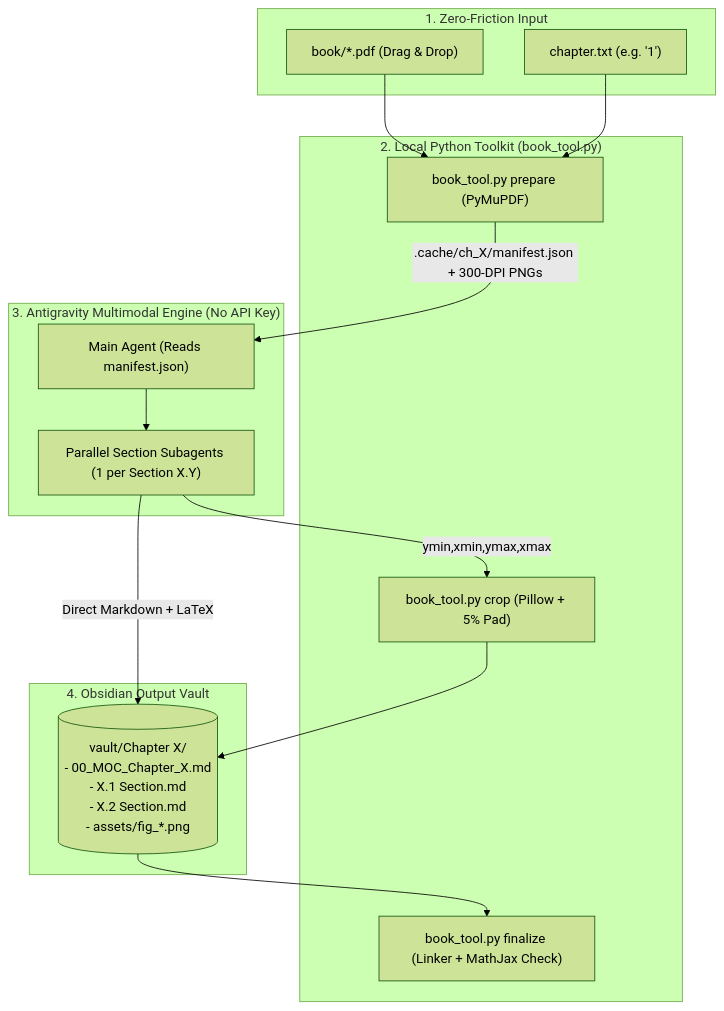
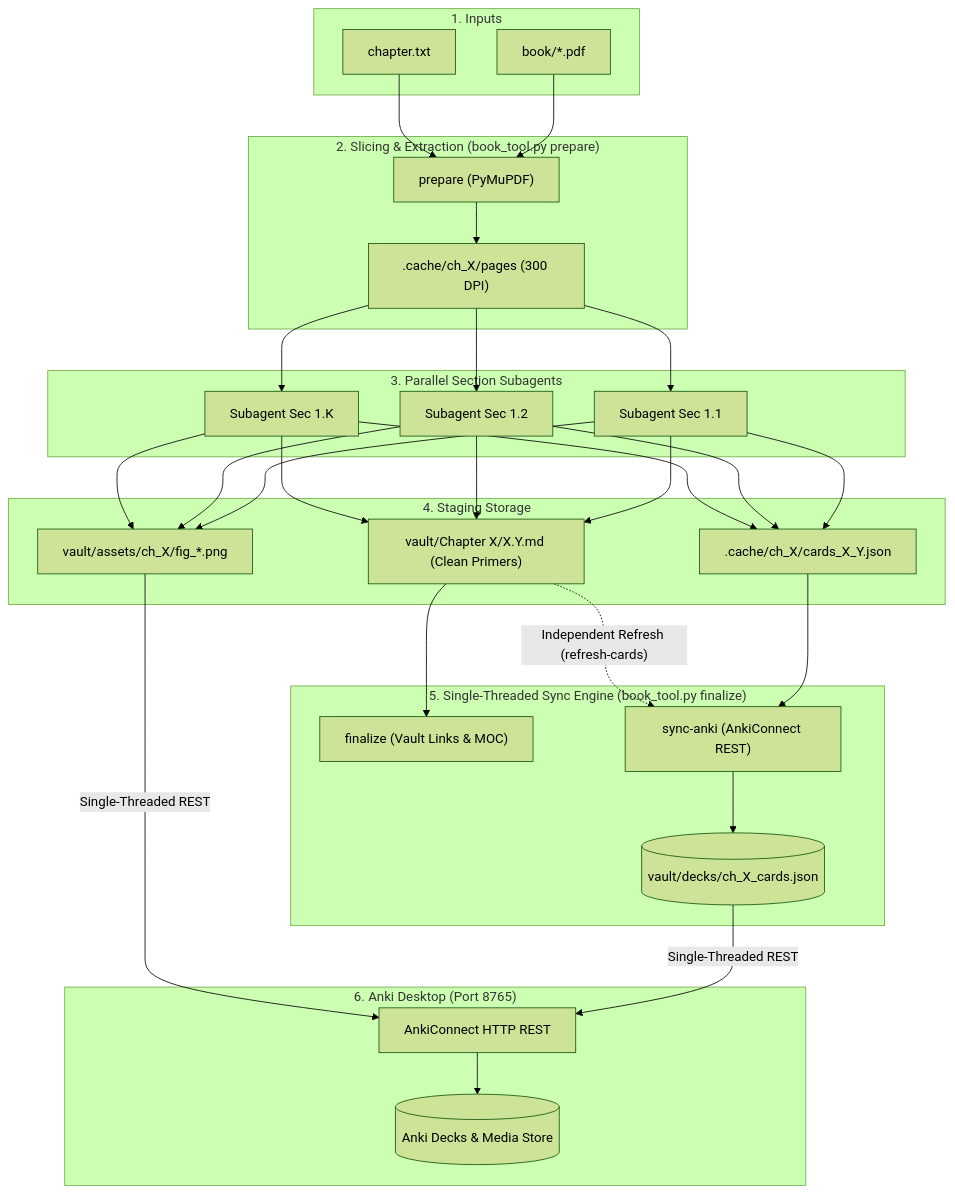
Before and after one commit to Luca-Gale/book-synthesizer: the diagram in TECH_SPEC.md, drawn with Mermaid (forest theme). The commit also changed other lines of this file and 1 other file, not shown here.

Commit message:
tech_spec before agent separation

````diff
--- a/TECH_SPEC.md
+++ b/TECH_SPEC.md
@@ -46,31 +58,49 @@
-  ```mermaid
-  flowchart TD
-      subgraph UserInput ["1. Zero-Friction Input"]
-          Drop["book/*.pdf (Drag & Drop)"]
-          ChFile["chapter.txt (e.g. '1')"]
-      end
+```mermaid
+flowchart TD
+    subgraph Input ["1. Inputs"]
+        PDF["book/*.pdf"]
+        Ch["chapter.txt"]
+    end
 
-      subgraph Prep ["2. Local Python Toolkit (book_tool.py)"]
-          Prepare["book_tool.py prepare (PyMuPDF)"]
-          Crop["book_tool.py crop (Pillow + 5% Pad)"]
-          Finalize["book_tool.py finalize (Linker + MathJax Check)"]
-      end
+    subgraph Prep ["2. Slicing & Extraction (book_tool.py prepare)"]
+        Prepare["prepare (PyMuPDF)"]
+        Pages[".cache/ch_X/pages (300 DPI)"]
+    end
 
-      subgraph Agent ["3. Antigravity Multimodal Engine (No API Key)"]
-          Orchestrator["Main Agent (Reads manifest.json)"]
-          Subagents["Parallel Section Subagents (1 per Section X.Y)"]
-      end
+    subgraph Workers ["3. Parallel Section Subagents"]
+        Sec1["Subagent Sec 1.1"]
+        Sec2["Subagent Sec 1.2"]
+        SecK["Subagent Sec 1.K"]
+    end
 
-      subgraph Output ["4. Obsidian Output Vault"]
-          Vault[("vault/Chapter X/\n- 00_MOC_Chapter_X.md\n- X.1 Section.md\n- X.2 Section.md\n- assets/fig_*.png")]
-      end
+    subgraph Staging ["4. Staging Storage"]
+        NoteFiles["vault/Chapter X/X.Y.md (Clean Primers)"]
+        Assets["vault/assets/ch_X/fig_*.png"]
+        ScratchCards[".cache/ch_X/cards_X_Y.json"]
+    end
 
-      Drop --> Prepare
-      ChFile --> Prepare
-      Prepare -->|".cache/ch_X/manifest.json + 300-DPI PNGs"| Orchestrator
-      Orchestrator --> Subagents
-      Subagents -->|"ymin,xmin,ymax,xmax"| Crop
-      Crop --> Vault
-      Subagents -->|"Direct Markdown + LaTeX"| Vault
-      Vault --> Finalize
-  ```
+    subgraph Finalizer ["5. Single-Threaded Sync Engine (book_tool.py finalize)"]
+        Finalize["finalize (Vault Links & MOC)"]
+        AnkiSyncEngine["sync-anki (AnkiConnect REST)"]
+        Ledger[("vault/decks/ch_X_cards.json")]
+    end
+
+    subgraph AnkiDesktop ["6. Anki Desktop (Port 8765)"]
+        AnkiAPI["AnkiConnect HTTP REST"]
+        AnkiProfile[("Anki Decks & Media Store")]
+    end
+
+    PDF & Ch --> Prepare
+    Prepare --> Pages
+    Pages --> Sec1 & Sec2 & SecK
+    Sec1 --> NoteFiles & Assets & ScratchCards
+    Sec2 --> NoteFiles & Assets & ScratchCards
+    SecK --> NoteFiles & Assets & ScratchCards
+    ScratchCards --> AnkiSyncEngine
+    NoteFiles --> Finalize
+    AnkiSyncEngine --> Ledger
+    Ledger & Assets -->|"Single-Threaded REST"| AnkiAPI
+    AnkiAPI --> AnkiProfile
+
+    NoteFiles -.->|"Independent Refresh (refresh-cards)"| AnkiSyncEngine
+```
````
